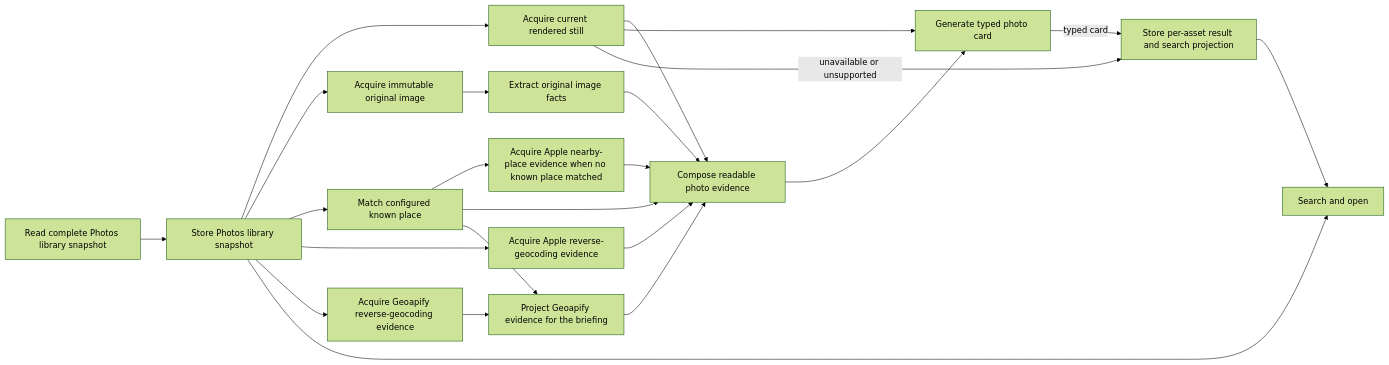
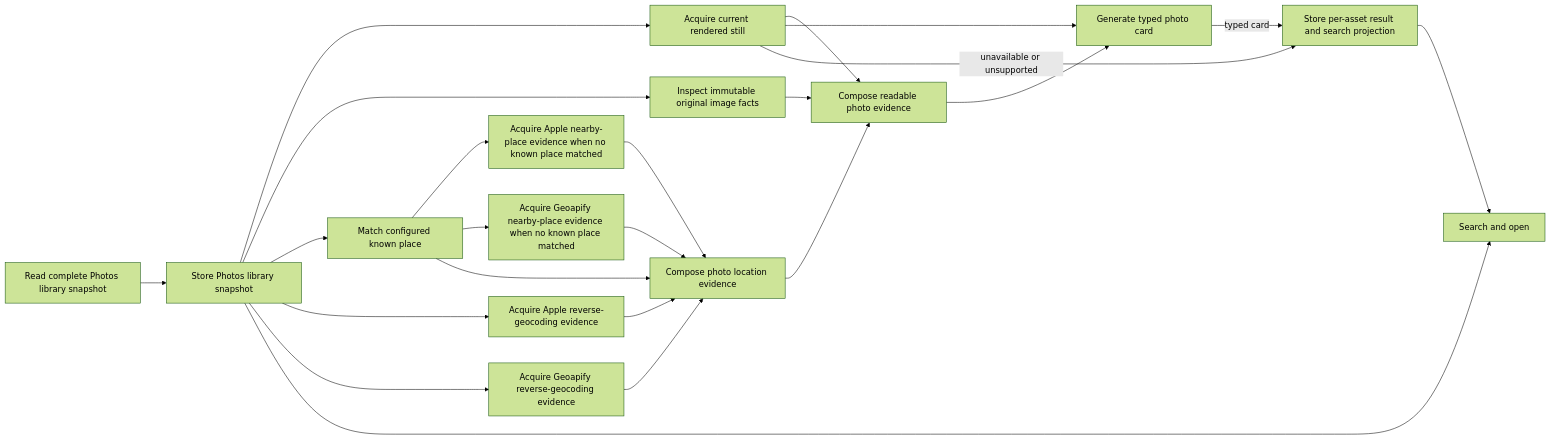
Before and after one commit to opentrawl/opentrawl: the diagram in trawlers/photos/docs/architecture.md, drawn with Mermaid (forest theme). The commit also changed other lines of this file, not shown here.

Commit message:
Split nearby location evidence DAG nodes

````diff
--- a/trawlers/photos/docs/architecture.md
+++ b/trawlers/photos/docs/architecture.md
@@ -26,25 +26,25 @@
 ```mermaid
 flowchart LR
     snapshot["Read complete Photos library snapshot"] --> index["Store Photos library snapshot"]
     index --> current["Acquire current rendered still"]
-    index --> original["Acquire immutable original image"]
-    original --> facts["Extract original image facts"]
+    index --> facts["Inspect immutable original image facts"]
     index --> known["Match configured known place"]
     index --> appleReverse["Acquire Apple reverse-geocoding evidence"]
     known --> appleNearby["Acquire Apple nearby-place evidence when no known place matched"]
-    index --> geoapify["Acquire Geoapify reverse-geocoding evidence"]
+    index --> geoapifyReverse["Acquire Geoapify reverse-geocoding evidence"]
+    known --> geoapifyNearby["Acquire Geoapify nearby-place evidence when no known place matched"]
     current --> readable["Compose readable photo evidence"]
     facts --> readable
-    known --> readable
-    appleReverse --> readable
-    appleNearby --> readable
-    geoapify --> geoapifyExposure["Project Geoapify evidence for the briefing"]
-    known --> geoapifyExposure
-    geoapifyExposure --> readable
+    known --> locationEvidence["Compose photo location evidence"]
+    appleReverse --> locationEvidence
+    appleNearby --> locationEvidence
+    geoapifyReverse --> locationEvidence
+    geoapifyNearby --> locationEvidence
+    locationEvidence --> readable
     current --> card["Generate typed photo card"]
     readable --> card
     card -->|typed card| store["Store per-asset result and search projection"]
     current -->|unavailable or unsupported| store
     index --> query["Search and open"]
     store --> query
 ```
````
